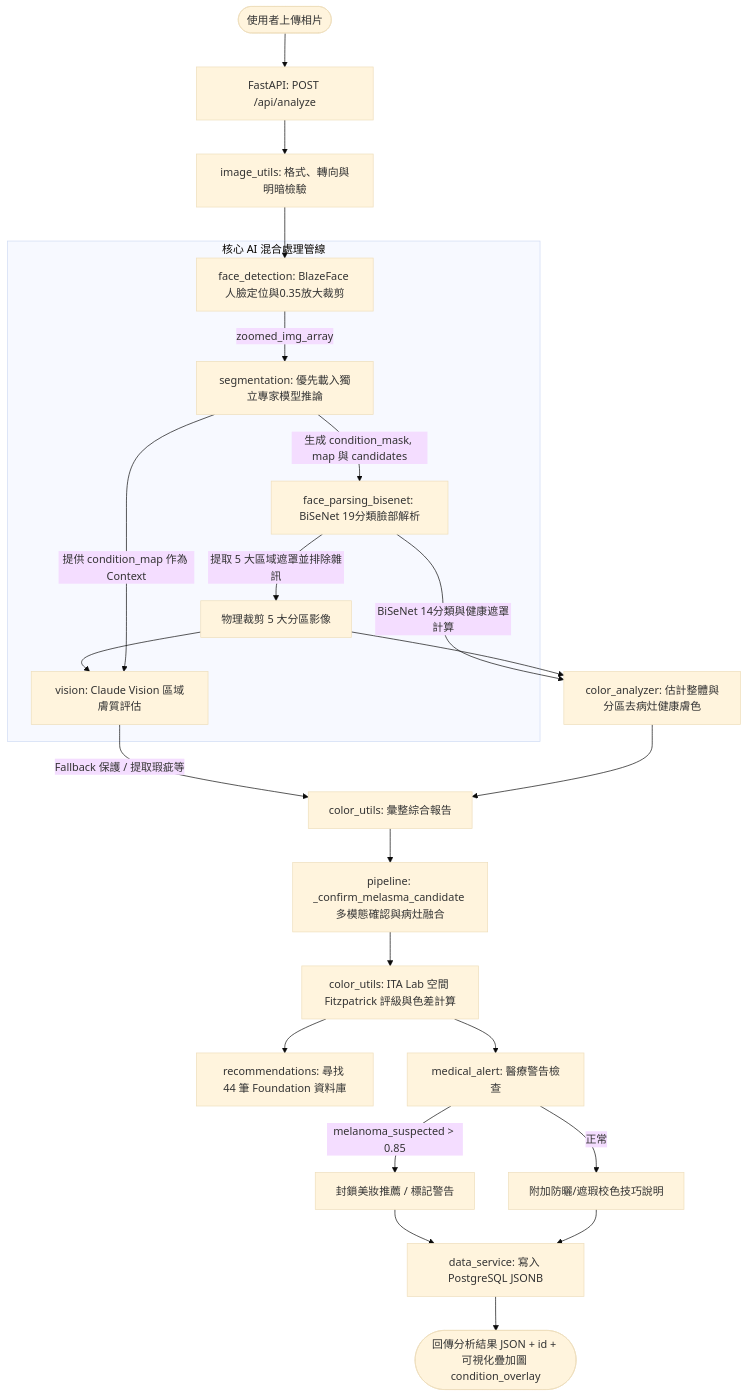
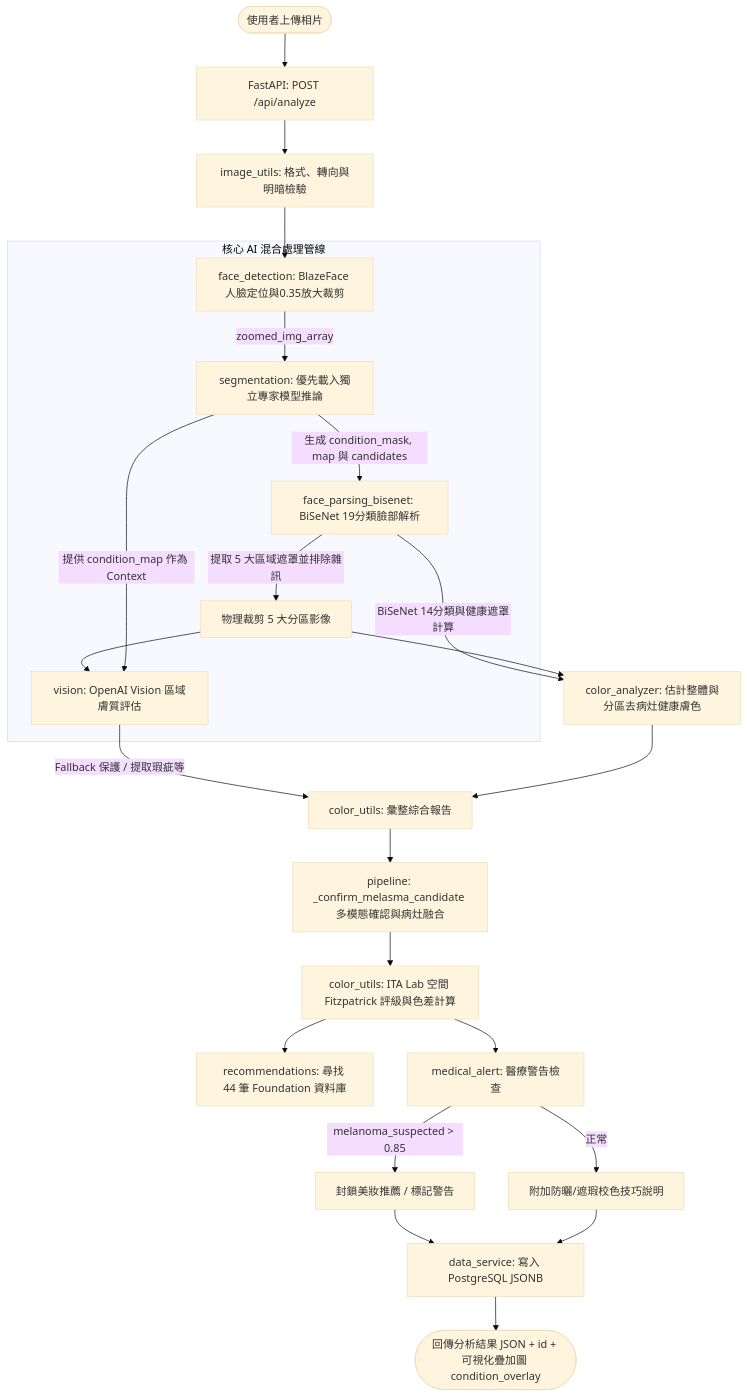
The diagram in documentation/Pipeline.md (liggiaelena/Back_Lumiere), drawn with Mermaid (base theme) before and after one commit. The commit also changed other lines of this file and 13 other files, not shown here.

````diff
--- a/documentation/Pipeline.md
+++ b/documentation/Pipeline.md
@@ -13,37 +13,37 @@
 ```mermaid
 graph TD
     User([使用者上傳相片]) --> API[FastAPI: POST /api/analyze]
     API --> Validate[image_utils: 格式、轉向與明暗檢驗]
     Validate --> Zoom[face_detection: BlazeFace 人臉定位與0.35放大裁剪]
     
     subgraph AI Pipeline [核心 AI 混合處理管線]
         Zoom -->|zoomed_img_array| SegFormer[segmentation: 優先載入獨立專家模型推論]
         SegFormer -->|生成 condition_mask, map 與 candidates| BiSeNet19[face_parsing_bisenet: BiSeNet 19分類臉部解析]
         
         BiSeNet19 -->|提取 5 大區域遮罩並排除雜訊| Crops[物理裁剪 5 大分區影像]
         
-        Crops --> Claude[vision: Claude Vision 區域膚質評估]
-        SegFormer -->|提供 condition_map 作為 Context| Claude
+        Crops --> OpenAI[vision: OpenAI Vision 區域膚質評估]
+        SegFormer -->|提供 condition_map 作為 Context| OpenAI
     end
     
     BiSeNet19 -->|BiSeNet 14分類與健康遮罩計算| SkinTone[color_analyzer: 估計整體與分區去病灶健康膚色]
     Crops --> SkinTone
     
-    Claude -->|Fallback 保護 / 提取瑕疵等| FinalReport[color_utils: 彙整綜合報告]
+    OpenAI -->|Fallback 保護 / 提取瑕疵等| FinalReport[color_utils: 彙整綜合報告]
     SkinTone --> FinalReport
     
     FinalReport --> Fusion[pipeline: _confirm_melasma_candidate 多模態確認與病灶融合]
     Fusion --> ITA[color_utils: ITA Lab 空間 Fitzpatrick 評級與色差計算]
     
     ITA --> Recommendations[recommendations: 尋找 44 筆 Foundation 資料庫]
     ITA --> Triage[medical_alert: 醫療警告檢查]
     
     Triage -->|melanoma_suspected > 0.85| Block[封鎖美妝推薦 / 標記警告]
     Triage -->|正常| RecOK[附加防曬/遮瑕校色技巧說明]
     
     Block --> SaveDB[data_service: 寫入 PostgreSQL JSONB]
     RecOK --> SaveDB
     
     SaveDB --> Response([回傳分析結果 JSON + id + 可視化疊加圖 condition_overlay])
 
 ```
````
